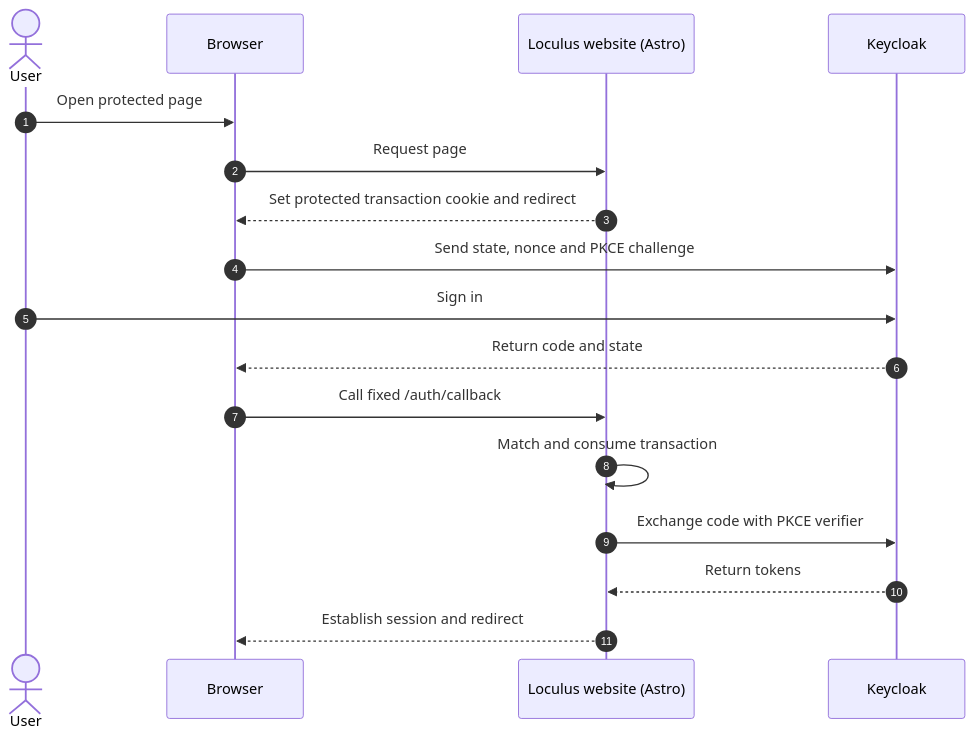
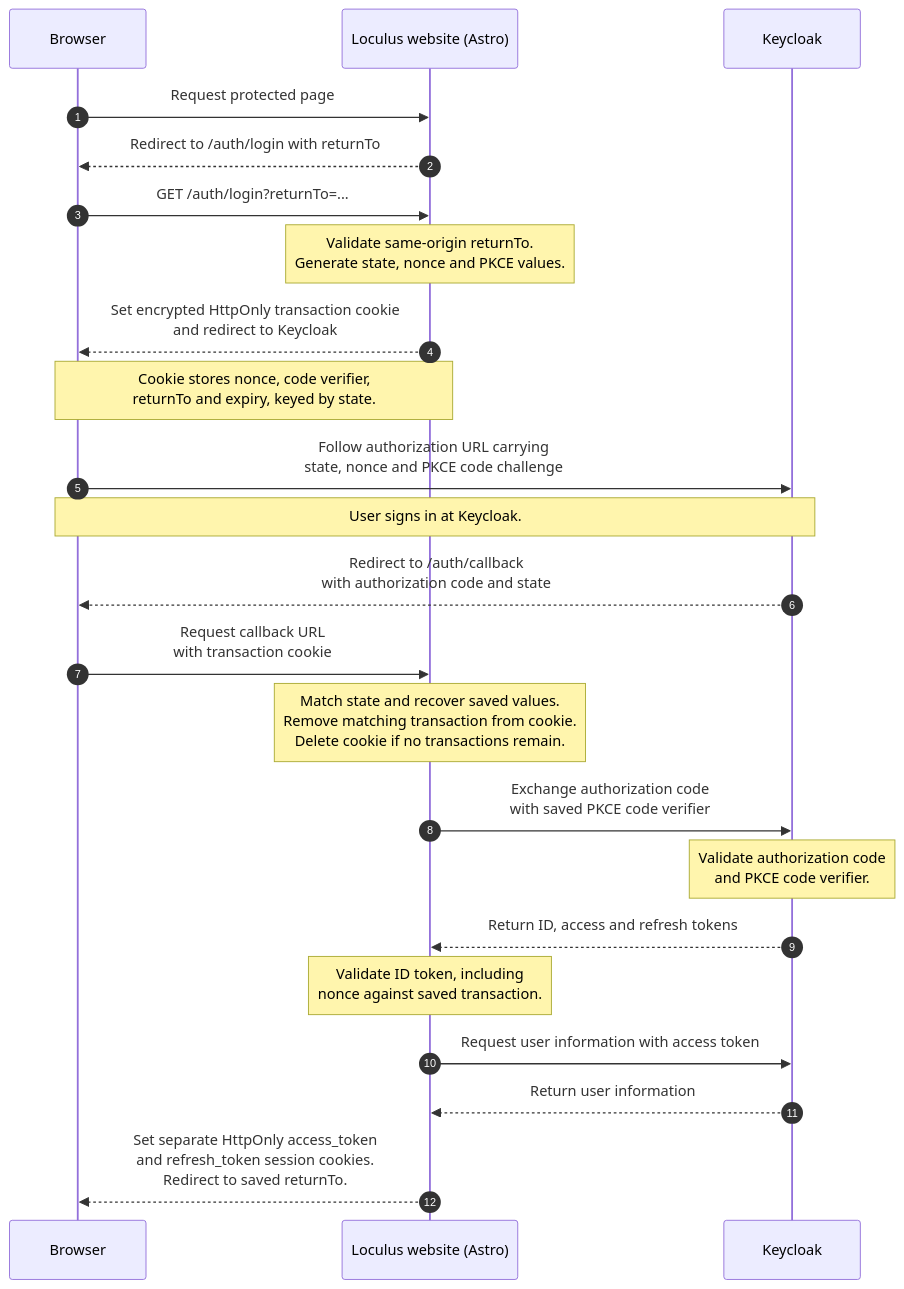
Before and after one commit to loculus-project/loculus: the diagram in architecture_docs/06_runtime_view.md, drawn with Mermaid. The commit also changed other lines of this file and 3 other files, not shown here.

Commit message:
docs(website): clarify OIDC flow and token lifecycles

````diff
--- a/architecture_docs/06_runtime_view.md
+++ b/architecture_docs/06_runtime_view.md
@@ -9,20 +9,26 @@
 ```mermaid
 sequenceDiagram
     autonumber
-    actor User
     participant Browser
     participant Website as Loculus website (Astro)
     participant Keycloak
 
-    User->>Browser: Open protected page
-    Browser->>Website: Request page
-    Website-->>Browser: Set protected transaction cookie and redirect
-    Browser->>Keycloak: Send state, nonce and PKCE challenge
-    User->>Keycloak: Sign in
-    Keycloak-->>Browser: Return code and state
-    Browser->>Website: Call fixed /auth/callback
-    Website->>Website: Match and consume transaction
-    Website->>Keycloak: Exchange code with PKCE verifier
-    Keycloak-->>Website: Return tokens
-    Website-->>Browser: Establish session and redirect
+    Browser->>Website: Request protected page
+    Website-->>Browser: Redirect to /auth/login with returnTo
+    Browser->>Website: GET /auth/login?returnTo=...
+    Note over Website: Validate same-origin returnTo.<br/>Generate state, nonce and PKCE values.
+    Website-->>Browser: Set encrypted HttpOnly transaction cookie<br/>and redirect to Keycloak
+    Note over Browser,Website: Cookie stores nonce, code verifier,<br/>returnTo and expiry, keyed by state.
+    Browser->>Keycloak: Follow authorization URL carrying<br/>state, nonce and PKCE code challenge
+    Note over Browser,Keycloak: User signs in at Keycloak.
+    Keycloak-->>Browser: Redirect to /auth/callback<br/>with authorization code and state
+    Browser->>Website: Request callback URL<br/>with transaction cookie
+    Note over Website: Match state and recover saved values.<br/>Remove matching transaction from cookie.<br/>Delete cookie if no transactions remain.
+    Website->>Keycloak: Exchange authorization code<br/>with saved PKCE code verifier
+    Note over Keycloak: Validate authorization code<br/>and PKCE code verifier.
+    Keycloak-->>Website: Return ID, access and refresh tokens
+    Note over Website: Validate ID token, including<br/>nonce against saved transaction.
+    Website->>Keycloak: Request user information with access token
+    Keycloak-->>Website: Return user information
+    Website-->>Browser: Set separate HttpOnly access_token<br/>and refresh_token session cookies.<br/>Redirect to saved returnTo.
 ```
````
